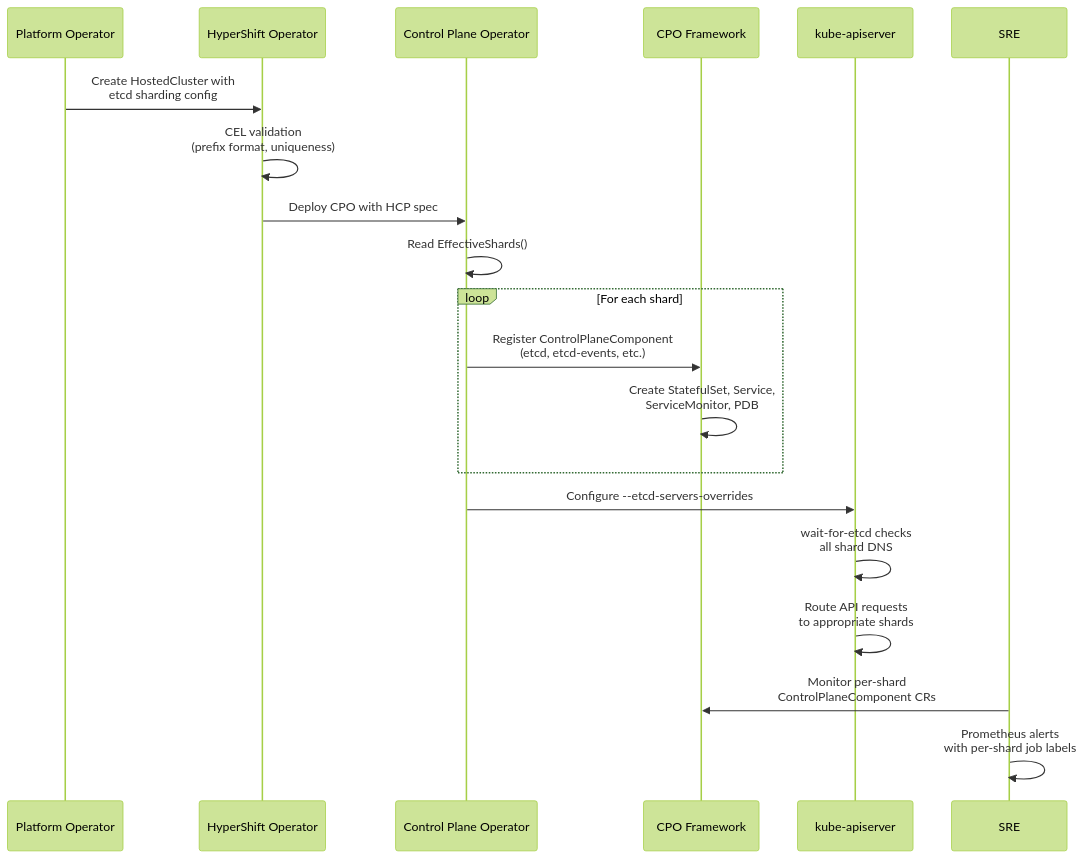
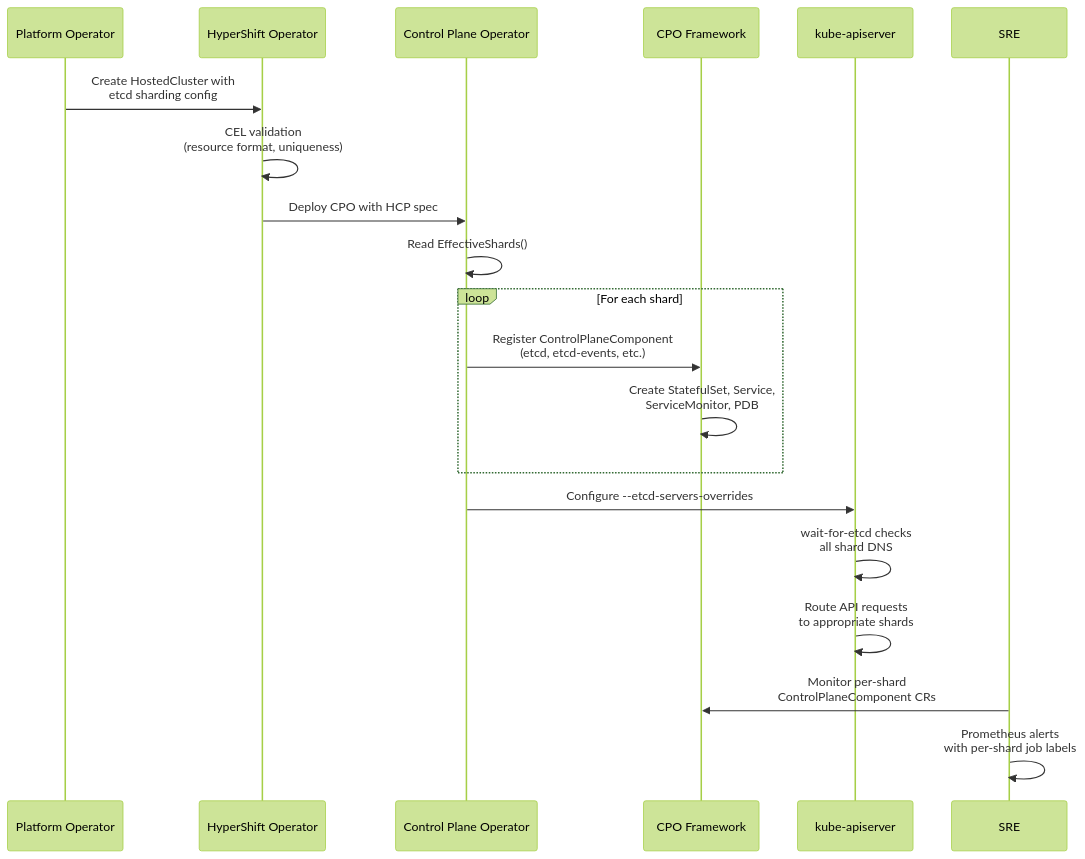
One commit to openshift/enhancements changed the diagram in enhancements/hypershift/etcd-sharding-by-resource-kind.md. Above: the diagram before and after it, drawn with Mermaid (forest theme). The commit also changed other lines of this file, not shown here.

````diff
--- a/enhancements/hypershift/etcd-sharding-by-resource-kind.md
+++ b/enhancements/hypershift/etcd-sharding-by-resource-kind.md
@@ -154,23 +155,23 @@
 ```mermaid
 sequenceDiagram
     participant PO as Platform Operator
     participant HO as HyperShift Operator
     participant CPO as Control Plane Operator
     participant FW as CPO Framework
     participant KAS as kube-apiserver
     participant SRE as SRE
 
     PO->>HO: Create HostedCluster with<br/>etcd sharding config
-    HO->>HO: CEL validation<br/>(prefix format, uniqueness)
+    HO->>HO: CEL validation<br/>(resource format, uniqueness)
     HO->>CPO: Deploy CPO with HCP spec
     CPO->>CPO: Read EffectiveShards()
     loop For each shard
         CPO->>FW: Register ControlPlaneComponent<br/>(etcd, etcd-events, etc.)
         FW->>FW: Create StatefulSet, Service,<br/>ServiceMonitor, PDB
     end
     CPO->>KAS: Configure --etcd-servers-overrides
     KAS->>KAS: wait-for-etcd checks<br/>all shard DNS
     KAS->>KAS: Route API requests<br/>to appropriate shards
     SRE->>FW: Monitor per-shard<br/>ControlPlaneComponent CRs
     SRE->>SRE: Prometheus alerts<br/>with per-shard job labels
 ```
````
